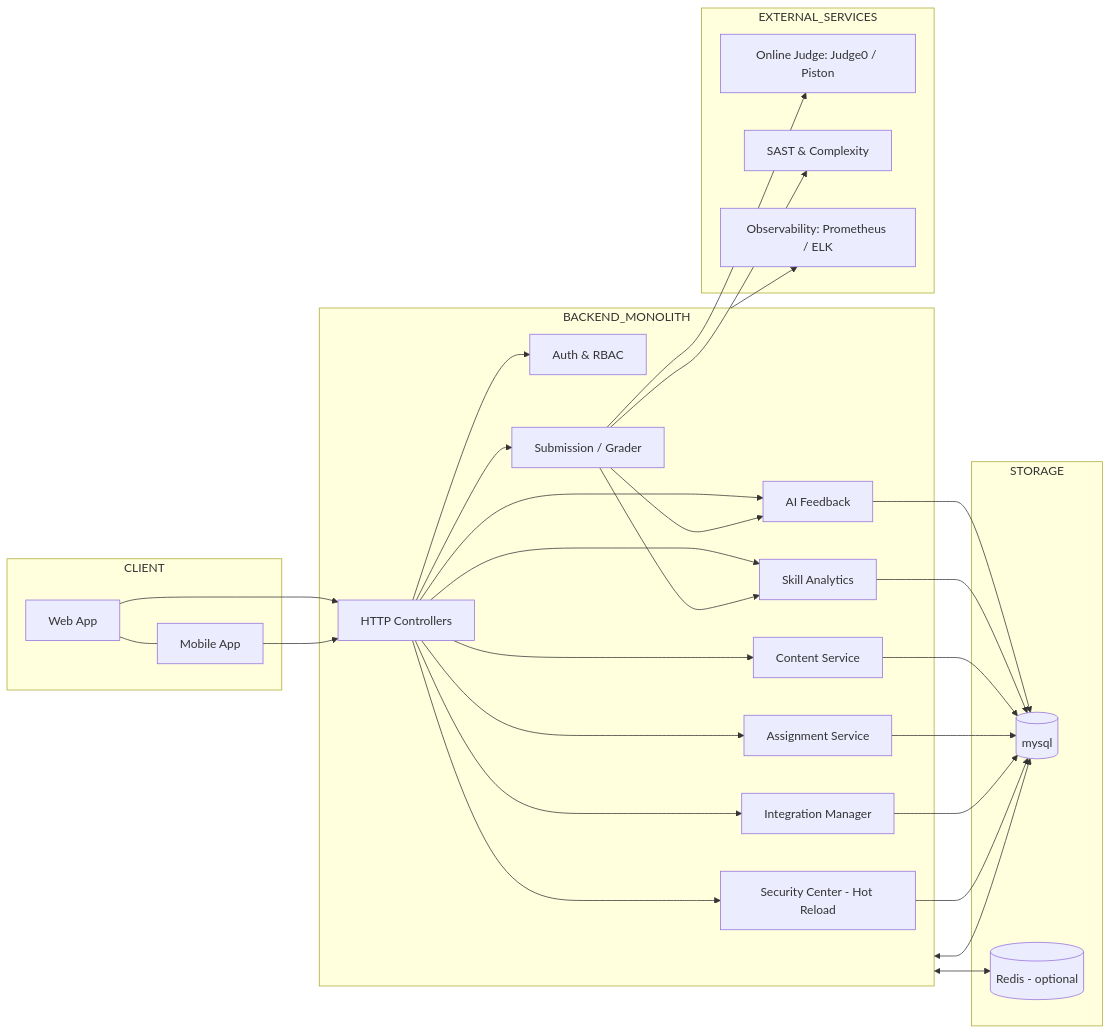
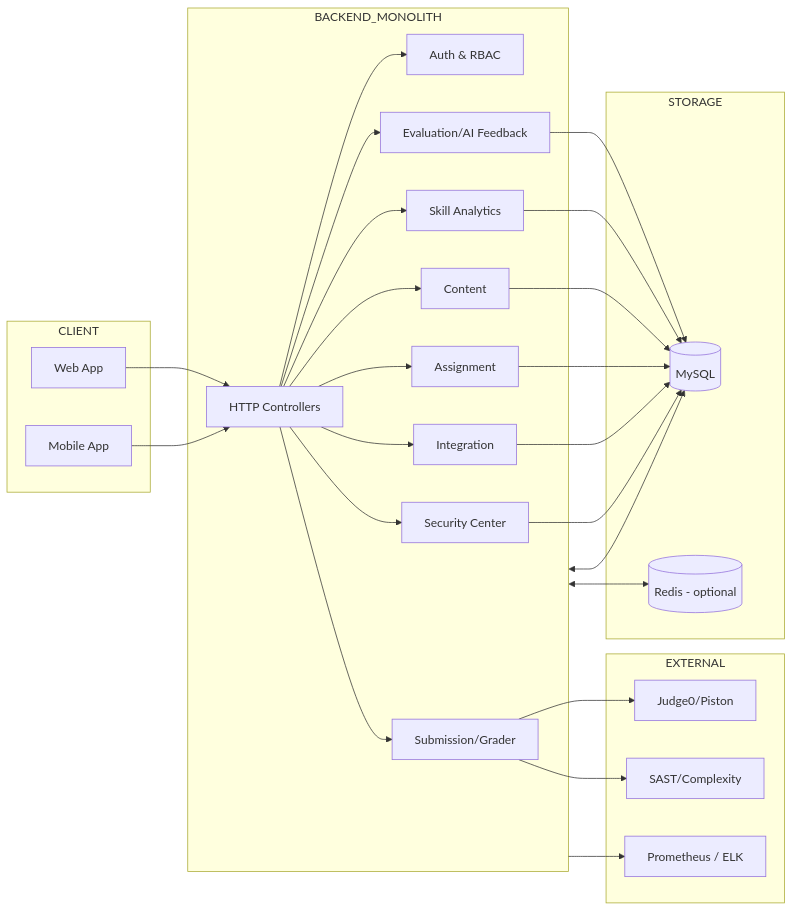
One commit to nguyentrongduc2005/APSAS_BE changed the first of 3 diagrams in README.md. Above: the diagram before and after it, drawn with Mermaid. The commit also changed other lines of this file, not shown here.

````diff
--- a/README.md
+++ b/README.md
@@ -10,58 +10,49 @@
 ```mermaid
 flowchart LR
   subgraph CLIENT
     W[Web App]
     M[Mobile App]
-    W --- M
   end
 
   subgraph BACKEND_MONOLITH
     CTRL[HTTP Controllers]
-    AUTH[Auth & RBAC]
-    CNT[Content Service]
-    ASM[Assignment Service]
-    SUB[Submission / Grader]
-    AFL[AI Feedback]
-    ANA[Skill Analytics]
-    INT[Integration Manager]
-    SEC[Security Center - Hot Reload]
-
-    CTRL --> AUTH
-    CTRL --> CNT
-    CTRL --> ASM
-    CTRL --> SUB
-    CTRL --> AFL
-    CTRL --> ANA
-    CTRL --> INT
-    CTRL --> SEC
+    IAM[Auth & RBAC]
+    CNT[Content]
+    ASM[Assignment]
+    SUB[Submission/Grader]
+    EVL[Evaluation/AI Feedback]
+    SKL[Skill Analytics]
+    INT[Integration]
+    SEC[Security Center]
   end
 
-  subgraph EXTERNAL_SERVICES
-    J0[Online Judge: Judge0 / Piston]
-    SA[SAST & Complexity]
-    OBS[Observability: Prometheus / ELK]
+  subgraph EXTERNAL
+    J0[Judge0/Piston]
+    SA[SAST/Complexity]
+    OBS[Prometheus / ELK]
   end
 
   subgraph STORAGE
-    DB[(mysql)]
+    DB[(MySQL)]
     CACHE[(Redis - optional)]
   end
 
   W --> CTRL
   M --> CTRL
 
+  CTRL --> IAM & CNT & ASM & SUB & EVL & SKL & INT & SEC
+
   SUB --> J0
   SUB --> SA
-  SUB --> AFL --> DB
-  SUB --> ANA --> DB
-
+  EVL --> DB
+  SKL --> DB
   CNT --> DB
   ASM --> DB
   INT --> DB
   SEC --> DB
 
   BACKEND_MONOLITH --> OBS
   BACKEND_MONOLITH <--> CACHE
   BACKEND_MONOLITH <--> DB
 
 ```
````
